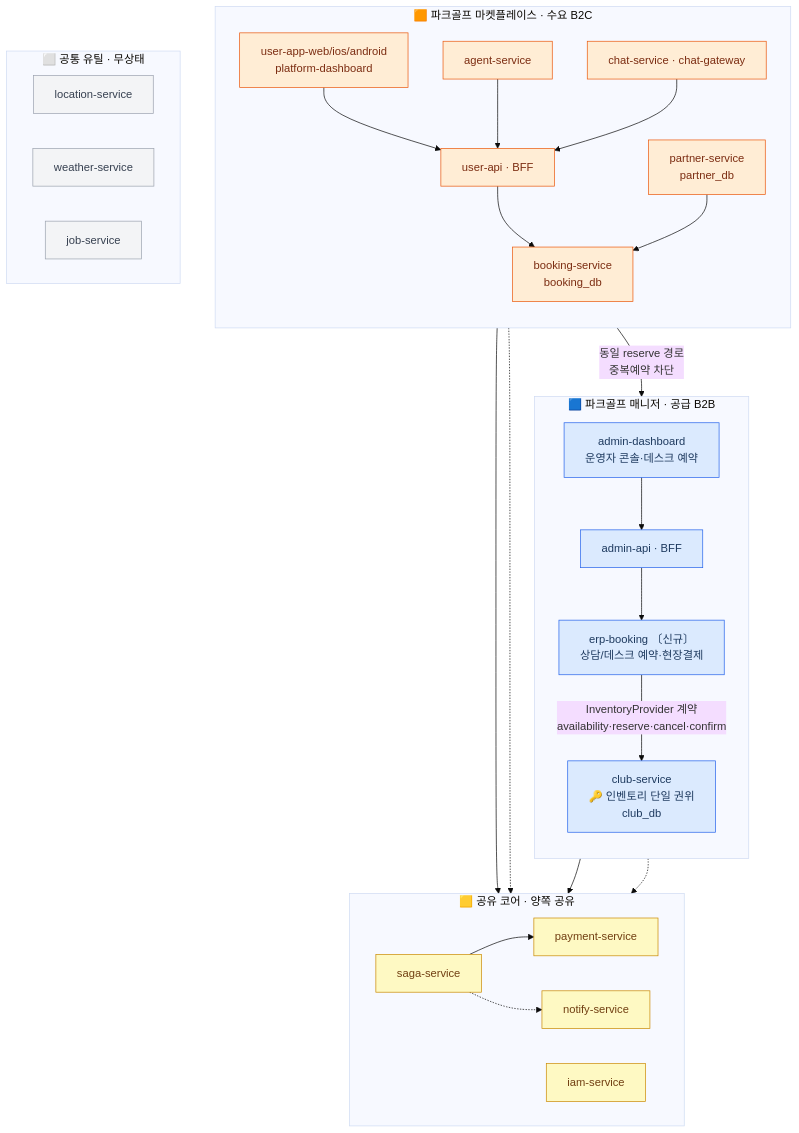
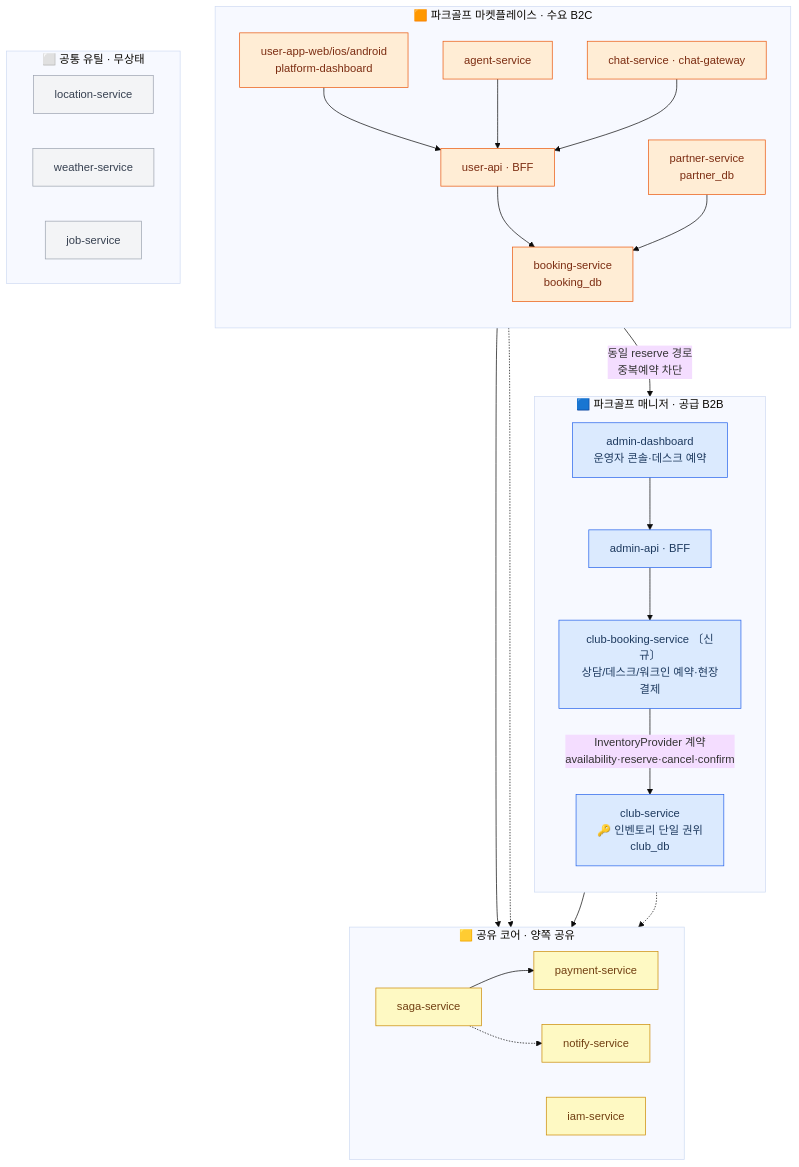
Before and after one commit to uniyous/parkgolf-platform: the first of 3 diagrams in docs/architecture/erp-booking-split.md, drawn with Mermaid (base theme). The commit also changed other lines of this file, not shown here.

First line of the commit message:
docs(club): erp-booking → club-booking-service 개명 + 부킹 엔진 2개 ERD 추가

````diff
--- a/docs/architecture/erp-booking-split.md
+++ b/docs/architecture/erp-booking-split.md
@@ -7,64 +7,64 @@
 ```mermaid
 flowchart TB
     %% ===== 파크골프 매니저 (공급 B2B) =====
     subgraph MGR["🟦 파크골프 매니저 · 공급 B2B"]
         direction TB
         ADM["admin-dashboard<br/>운영자 콘솔·데스크 예약"]
         AAPI["admin-api · BFF"]
-        EB["erp-booking 〔신규〕<br/>상담/데스크 예약·현장결제"]
+        CBS["club-booking-service 〔신규〕<br/>상담/데스크/워크인 예약·현장결제"]
         CLUB["club-service<br/>🔑 인벤토리 단일 권위<br/>club_db"]
     end
 
     %% ===== 파크골프 마켓플레이스 (수요 B2C) =====
     subgraph MKT["🟧 파크골프 마켓플레이스 · 수요 B2C"]
         direction TB
         APPS["user-app-web/ios/android<br/>platform-dashboard"]
         UAPI["user-api · BFF"]
         BK["booking-service<br/>booking_db"]
         PART["partner-service<br/>partner_db"]
         AG["agent-service"]
         CH["chat-service · chat-gateway"]
     end
 
     %% ===== 공유 코어 (양쪽 배포·코드 공유) =====
     subgraph CORE["🟨 공유 코어 · 양쪽 공유"]
         direction LR
         SAGA["saga-service"]
         PAY["payment-service"]
         IAM["iam-service"]
         NOTI["notify-service"]
     end
 
     %% ===== 공통 유틸 (무상태) =====
     subgraph UTIL["⬜ 공통 유틸 · 무상태"]
         direction LR
         LOC["location-service"]
         WEA["weather-service"]
         JOB["job-service"]
     end
 
-    ADM --> AAPI --> EB
+    ADM --> AAPI --> CBS
     APPS --> UAPI --> BK
     PART --> BK
     AG --> UAPI
     CH --> UAPI
 
-    EB -->|"InventoryProvider 계약<br/>availability·reserve·cancel·confirm"| CLUB
+    CBS -->|"InventoryProvider 계약<br/>availability·reserve·cancel·confirm"| CLUB
     BK -->|"동일 reserve 경로<br/>중복예약 차단"| CLUB
 
-    EB --> SAGA
+    CBS --> SAGA
     BK --> SAGA
     SAGA --> PAY
     AAPI -.-> IAM
     UAPI -.-> IAM
     SAGA -.-> NOTI
 
     classDef mgr fill:#dbeafe,stroke:#2563eb,color:#1e3a5f;
     classDef mkt fill:#ffedd5,stroke:#ea580c,color:#7c2d12;
     classDef core fill:#fef9c3,stroke:#ca8a04,color:#713f12;
     classDef util fill:#f3f4f6,stroke:#9ca3af,color:#374151;
-    class ADM,AAPI,EB,CLUB mgr;
+    class ADM,AAPI,CBS,CLUB mgr;
     class APPS,UAPI,BK,PART,AG,CH mkt;
     class SAGA,PAY,IAM,NOTI core;
     class LOC,WEA,JOB util;
 ```
````
